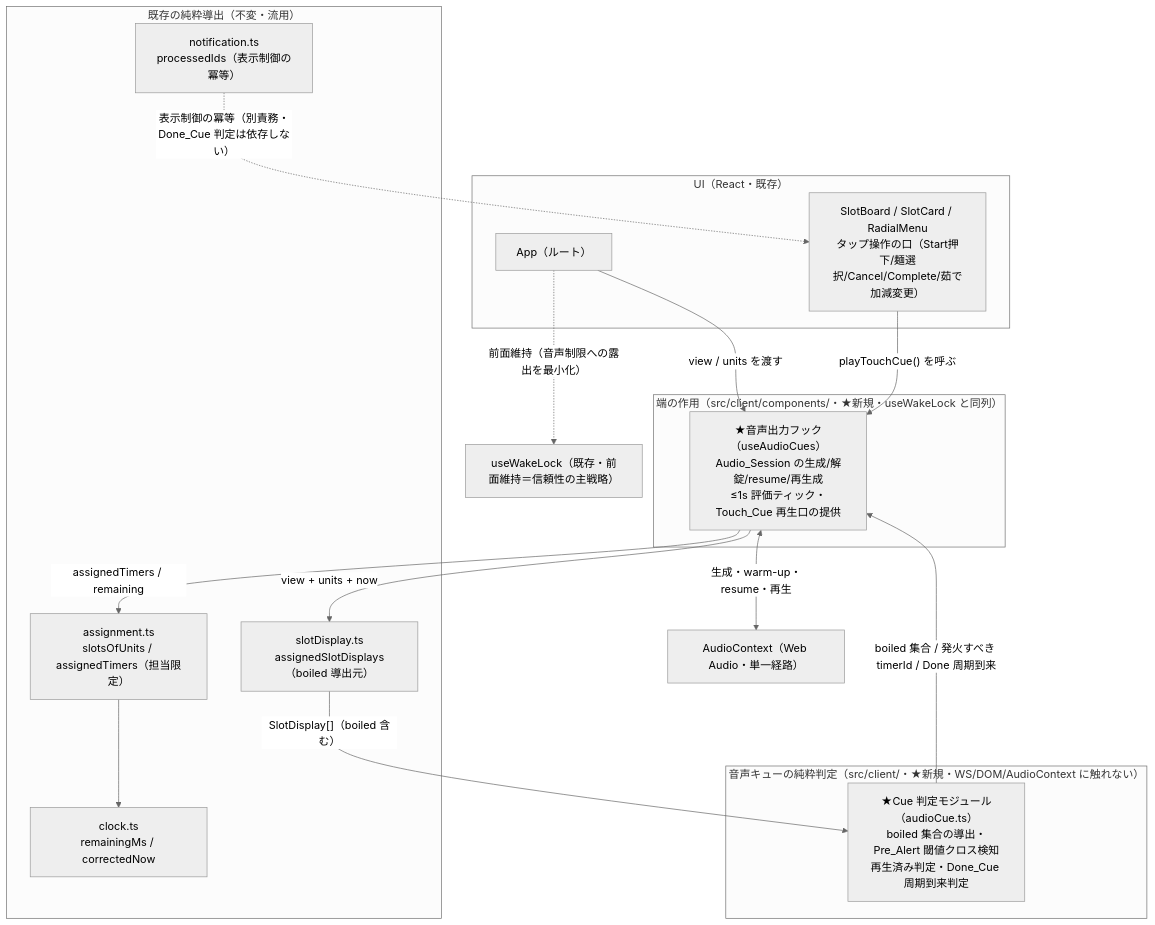
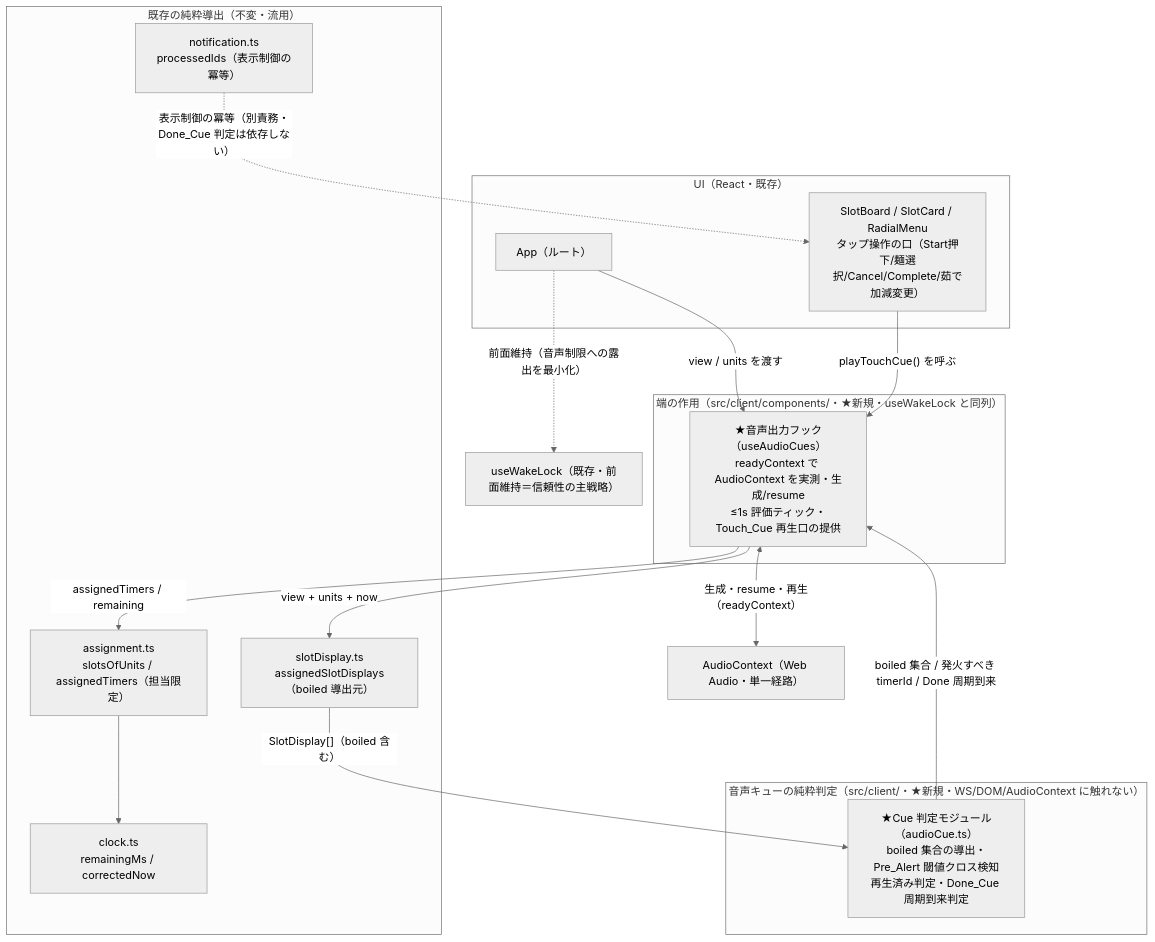
One commit to mikomokaru/durable-yudemen changed the first of 4 diagrams in .kiro/specs/audio-cues/design.md. Above: the diagram before and after it, drawn with Mermaid (neutral theme). The commit also changed other lines of this file and 1 other file, not shown here.

First line of the commit message:
refactor(client): 音声解錠を状態保持から readyContext の実測へ簡素化

````diff
--- a/.kiro/specs/audio-cues/design.md
+++ b/.kiro/specs/audio-cues/design.md
@@ -72,32 +72,32 @@
 ```mermaid
 flowchart TB
   subgraph UI["UI（React・既存）"]
     APP["App（ルート）"]
     BOARD["SlotBoard / SlotCard / RadialMenu<br/>タップ操作の口（Start押下/麺選択/Cancel/Complete/茹で加減変更）"]
   end
   subgraph Pure["音声キューの純粋判定（src/client/・★新規・WS/DOM/AudioContext に触れない）"]
     DECIDE["★Cue 判定モジュール（audioCue.ts）<br/>boiled 集合の導出・Pre_Alert 閾値クロス検知<br/>再生済み判定・Done_Cue 周期到来判定"]
   end
   subgraph Edge["端の作用（src/client/components/・★新規・useWakeLock と同列）"]
-    HOOK["★音声出力フック（useAudioCues）<br/>Audio_Session の生成/解錠/resume/再生成<br/>≤1s 評価ティック・Touch_Cue 再生口の提供"]
+    HOOK["★音声出力フック（useAudioCues）<br/>readyContext で AudioContext を実測・生成/resume<br/>≤1s 評価ティック・Touch_Cue 再生口の提供"]
   end
   subgraph Existing["既存の純粋導出（不変・流用）"]
     ASGN["assignment.ts<br/>slotsOfUnits / assignedTimers（担当限定）"]
     DISP["slotDisplay.ts<br/>assignedSlotDisplays（boiled 導出元）"]
     CLOCK["clock.ts<br/>remainingMs / correctedNow"]
     NOTIF["notification.ts<br/>processedIds（表示制御の冪等）"]
   end
   WEBAUDIO["AudioContext（Web Audio・単一経路）"]
   WAKE["useWakeLock（既存・前面維持＝信頼性の主戦略）"]
 
   APP -->|"view / units を渡す"| HOOK
   BOARD -->|"playTouchCue() を呼ぶ"| HOOK
   HOOK -->|"view + units + now"| DISP
   DISP -->|"SlotDisplay[]（boiled 含む）"| DECIDE
   HOOK -->|"assignedTimers / remaining"| ASGN
   ASGN --> CLOCK
   DECIDE -->|"boiled 集合 / 発火すべき timerId / Done 周期到来"| HOOK
-  HOOK <-->|"生成・warm-up・resume・再生"| WEBAUDIO
+  HOOK <-->|"生成・resume・再生（readyContext）"| WEBAUDIO
   APP -.->|"前面維持（音声制限への露出を最小化）"| WAKE
   NOTIF -.->|"表示制御の冪等（別責務・Done_Cue 判定は依存しない）"| BOARD
 ```
````
